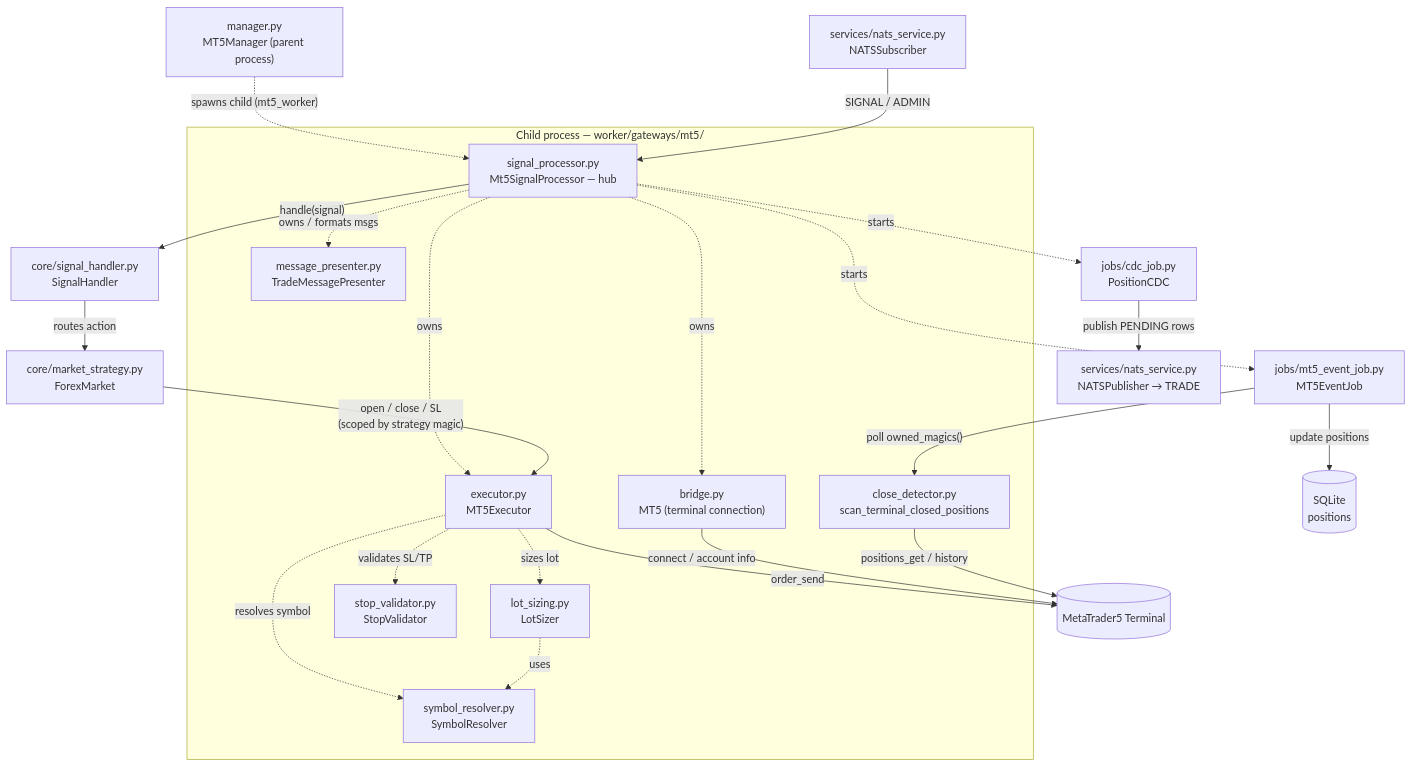
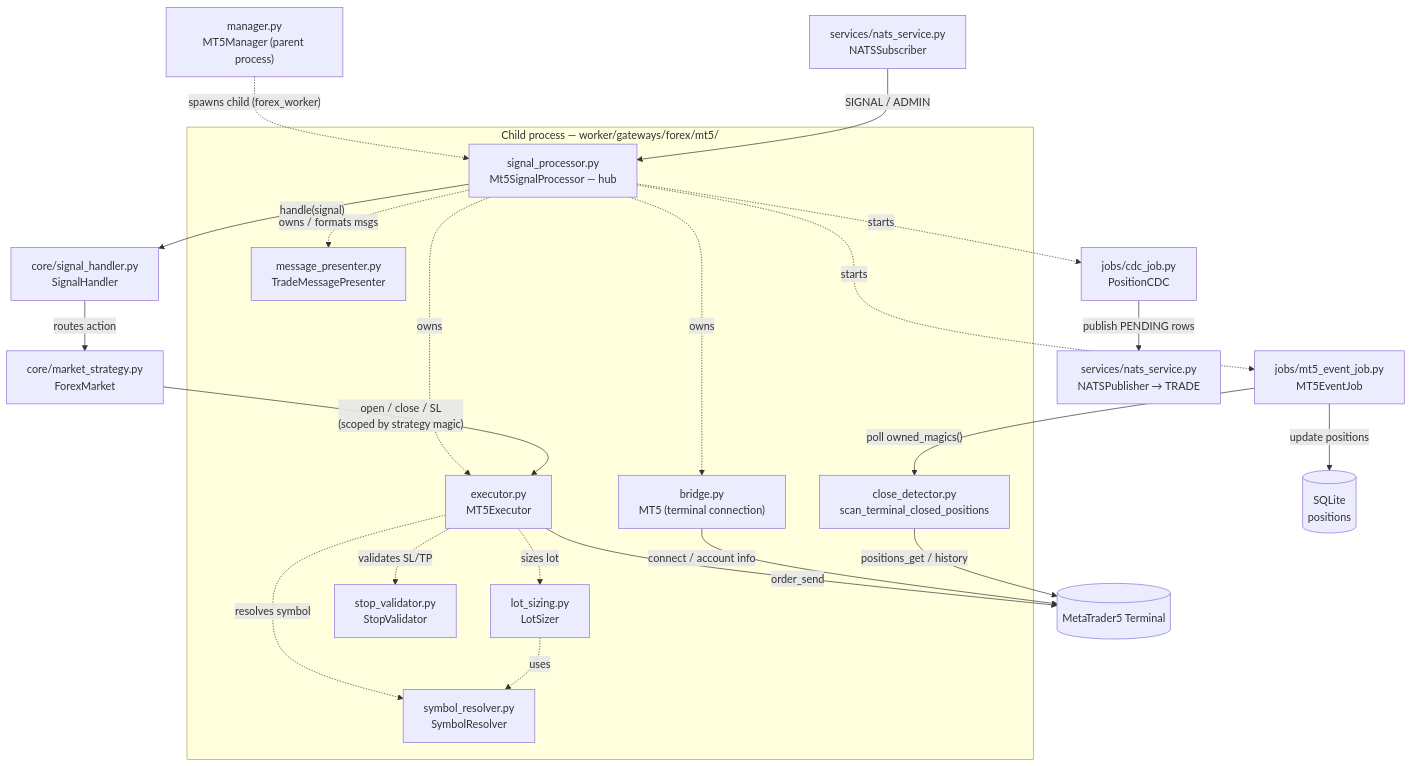
One commit to rockingrow/algo-trading-worker changed the second of 2 diagrams in README.md. Above: the diagram before and after it, drawn with Mermaid. The commit also changed other lines of this file and 41 other files, not shown here.

````diff
--- a/README.md
+++ b/README.md
@@ -227,42 +213,42 @@
 ```mermaid
 graph TD
     Manager["manager.py<br/>MT5Manager (parent process)"]
 
-    subgraph Child["Child process — worker/gateways/mt5/"]
+    subgraph Child["Child process — worker/gateways/forex/mt5/"]
         SP["signal_processor.py<br/>Mt5SignalProcessor — hub"]
         Bridge["bridge.py<br/>MT5 (terminal connection)"]
         Presenter["message_presenter.py<br/>TradeMessagePresenter"]
         Executor["executor.py<br/>MT5Executor"]
         Resolver["symbol_resolver.py<br/>SymbolResolver"]
         LotSizer["lot_sizing.py<br/>LotSizer"]
         StopVal["stop_validator.py<br/>StopValidator"]
         CloseDet["close_detector.py<br/>scan_terminal_closed_positions"]
     end
 
-    Manager -. "spawns child (mt5_worker)" .-> SP
+    Manager -. "spawns child (forex_worker)" .-> SP
 
     %% Composition — signal_processor builds the stack
     SP -. "owns" .-> Bridge
     SP -. "owns" .-> Executor
     SP -. "owns / formats msgs" .-> Presenter
     Executor -. "resolves symbol" .-> Resolver
     Executor -. "sizes lot" .-> LotSizer
     Executor -. "validates SL/TP" .-> StopVal
     LotSizer -. "uses" .-> Resolver
 
     %% Live signal path
     Sub["services/nats_service.py<br/>NATSSubscriber"] -- "SIGNAL / ADMIN" --> SP
     SP -- "handle(signal)" --> Handler["core/signal_handler.py<br/>SignalHandler"]
     Handler -- "routes action" --> Strategy["core/market_strategy.py<br/>ForexMarket"]
     Strategy -- "open / close / SL<br/>(scoped by strategy magic)" --> Executor
     Executor -- "order_send" --> Term[(MetaTrader5 Terminal)]
     Bridge -- "connect / account info" --> Term
 
     %% Background jobs started by the hub
     SP -. "starts" .-> EventJob["jobs/mt5_event_job.py<br/>MT5EventJob"]
     SP -. "starts" .-> CDC["jobs/cdc_job.py<br/>PositionCDC"]
     EventJob -- "poll owned_magics()" --> CloseDet
     CloseDet -- "positions_get / history" --> Term
     EventJob -- "update positions" --> DB[("SQLite<br/>positions")]
     CDC -- "publish PENDING rows" --> Pub["services/nats_service.py<br/>NATSPublisher → TRADE"]
 ```
````
